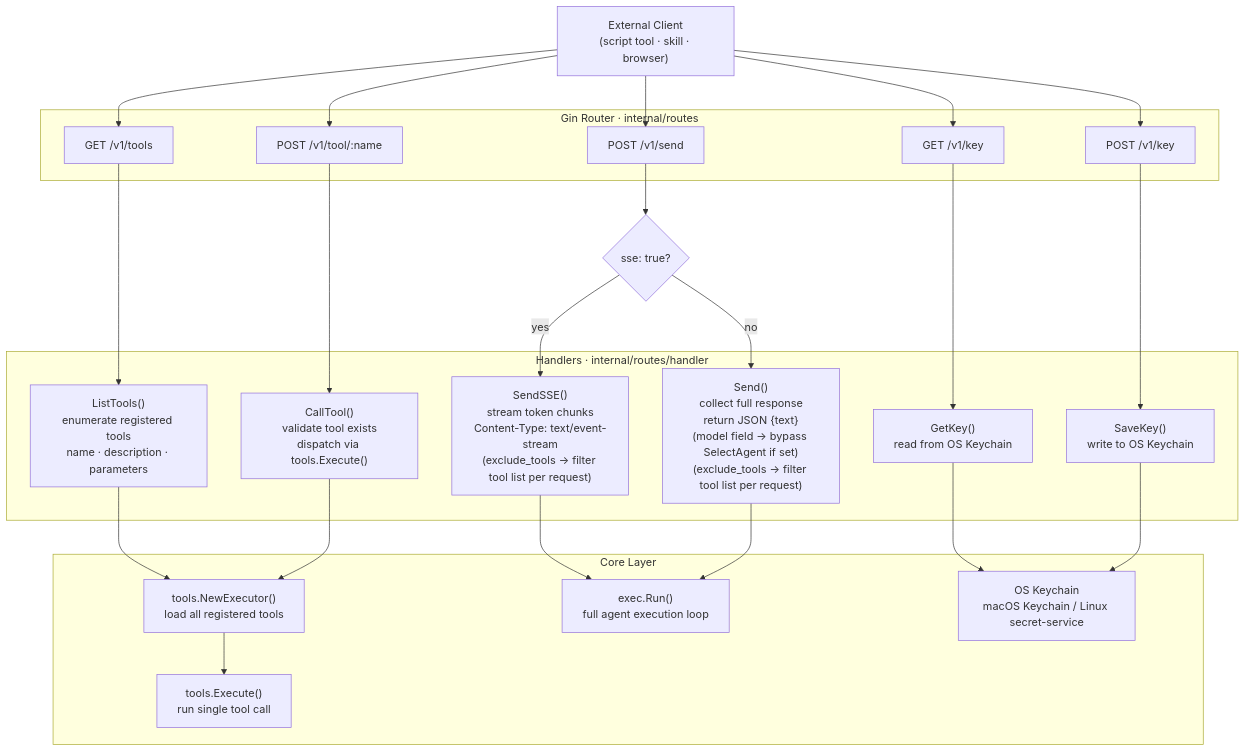
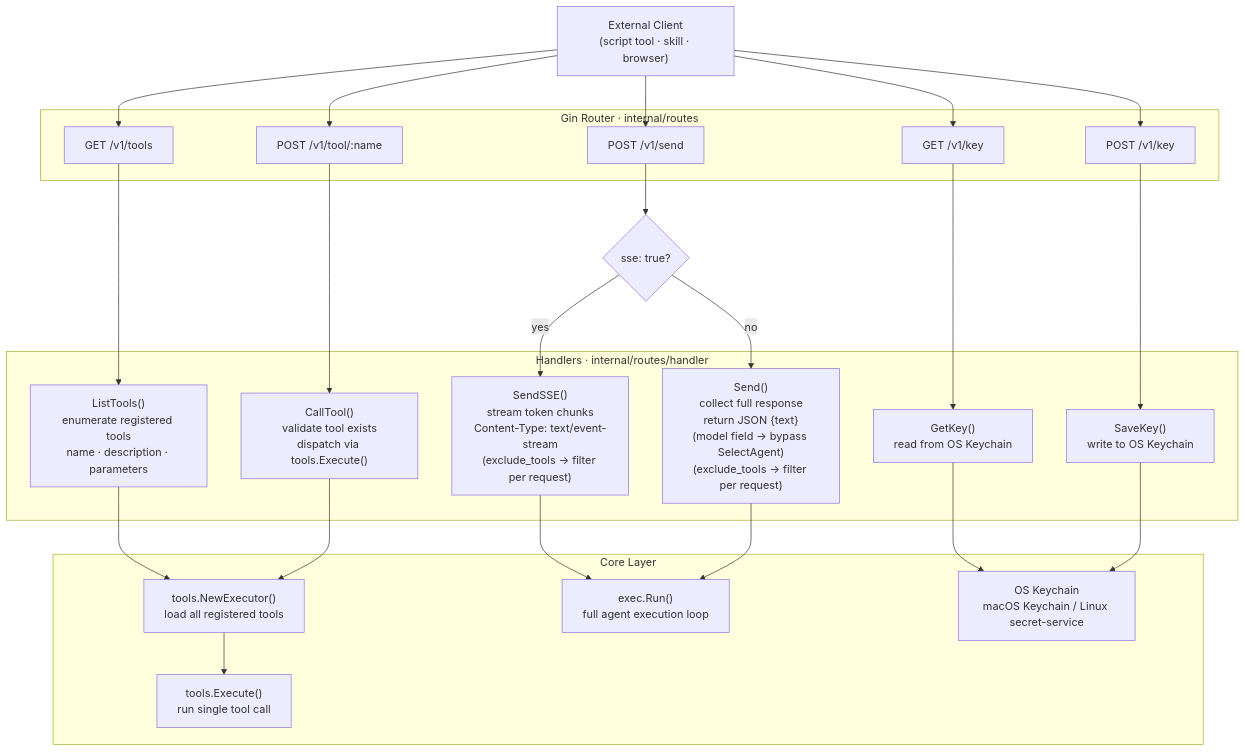
One commit to pardnchiu/Agenvoy changed the seventh of 7 diagrams in doc/architecture.md. Above: the diagram before and after it, drawn with Mermaid. The commit also changed other lines of this file and 5 other files, not shown here.

````diff
--- a/doc/architecture.md
+++ b/doc/architecture.md
@@ -306,46 +321,46 @@
 ```mermaid
 flowchart TD
     Client["External Client\n(script tool · skill · browser)"]
 
     subgraph Router ["Gin Router · internal/routes"]
         R1["GET  /v1/tools"]
         R2["POST /v1/tool/:name"]
         R3["POST /v1/send"]
         R4["GET  /v1/key"]
         R5["POST /v1/key"]
     end
 
     subgraph Handlers ["Handlers · internal/routes/handler"]
         H1["ListTools()\nenumerate registered tools\nname · description · parameters"]
         H2["CallTool()\nvalidate tool exists\ndispatch via tools.Execute()"]
-        H3SSE["SendSSE()\nstream token chunks\nContent-Type: text/event-stream\n(exclude_tools → filter tool list per request)"]
-        H3JSON["Send()\ncollect full response\nreturn JSON {text}\n(model field → bypass SelectAgent if set)\n(exclude_tools → filter tool list per request)"]
+        H3SSE["SendSSE()\nstream token chunks\nContent-Type: text/event-stream\n(exclude_tools → filter per request)"]
+        H3JSON["Send()\ncollect full response\nreturn JSON {text}\n(model field → bypass SelectAgent)\n(exclude_tools → filter per request)"]
         H4["GetKey()\nread from OS Keychain"]
         H5["SaveKey()\nwrite to OS Keychain"]
     end
 
     subgraph Core ["Core Layer"]
         Executor["tools.NewExecutor()\nload all registered tools"]
         Execute["tools.Execute()\nrun single tool call"]
         Run["exec.Run()\nfull agent execution loop"]
         KC["OS Keychain\nmacOS Keychain / Linux secret-service"]
     end
 
     SSECheck{"sse: true?"}
 
     Client --> R1 & R2 & R3 & R4 & R5
     R1 --> H1
     R2 --> H2
     R3 --> SSECheck
     SSECheck -->|"yes"| H3SSE
     SSECheck -->|"no"| H3JSON
     R4 --> H4
     R5 --> H5
 
     H1 --> Executor
     H2 --> Executor --> Execute
     H3SSE --> Run
     H3JSON --> Run
     H4 --> KC
     H5 --> KC
 ```
````
